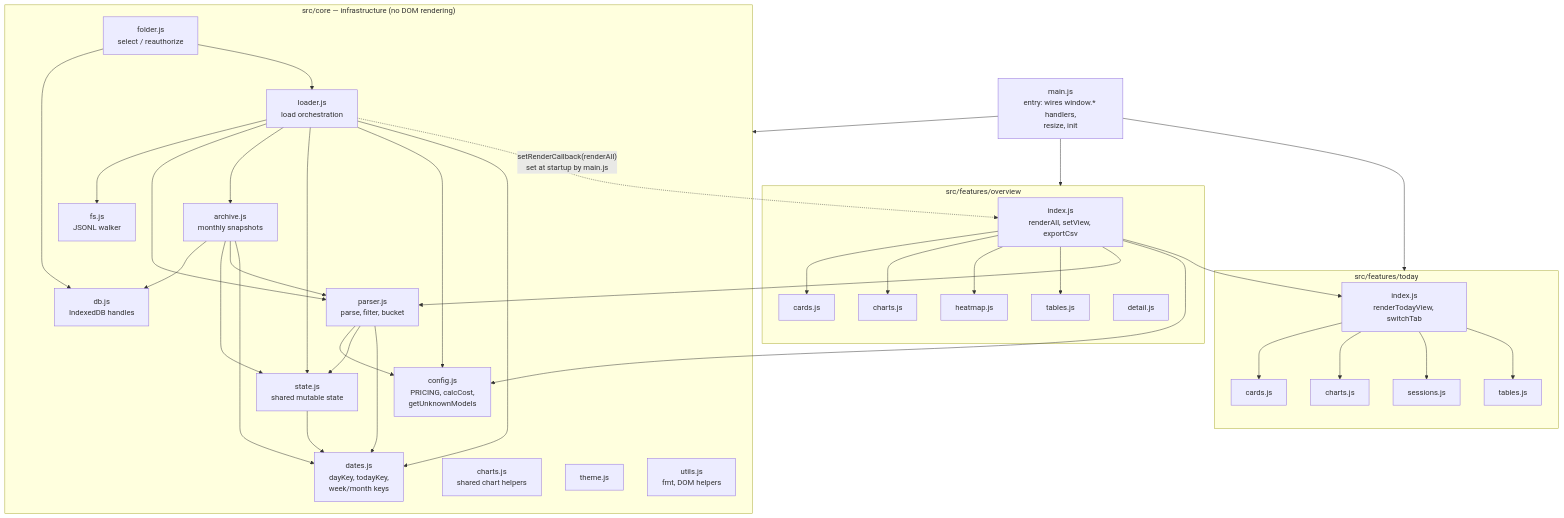
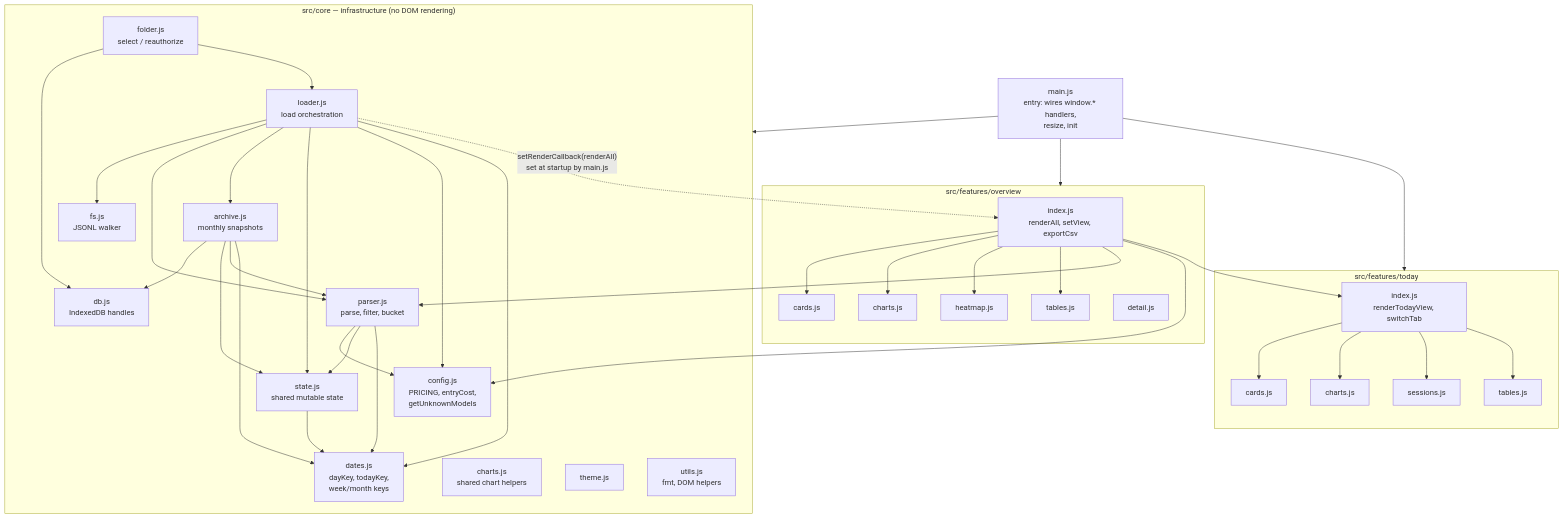
The fourth of 5 diagrams in ARCHITECTURE.md (Procisz/clauditor), drawn with Mermaid before and after one commit. The commit also changed other lines of this file and 18 other files, not shown here.

````diff
--- a/ARCHITECTURE.md
+++ b/ARCHITECTURE.md
@@ -86,53 +86,53 @@
 ```mermaid
 flowchart TD
     main["main.js<br/>entry: wires window.* handlers,<br/>resize, init"]
 
     subgraph core["src/core — infrastructure (no DOM rendering)"]
-        config["config.js<br/>PRICING, calcCost,<br/>getUnknownModels"]
+        config["config.js<br/>PRICING, entryCost,<br/>getUnknownModels"]
         datesjs["dates.js<br/>dayKey, todayKey,<br/>week/month keys"]
         statejs["state.js<br/>shared mutable state"]
         db["db.js<br/>IndexedDB handles"]
         fsjs["fs.js<br/>JSONL walker"]
         parser["parser.js<br/>parse, filter, bucket"]
         loader["loader.js<br/>load orchestration"]
         folder["folder.js<br/>select / reauthorize"]
         archive["archive.js<br/>monthly snapshots"]
         chartsCore["charts.js<br/>shared chart helpers"]
         themejs["theme.js"]
         utils["utils.js<br/>fmt, DOM helpers"]
     end
 
     subgraph overview["src/features/overview"]
         oIndex["index.js<br/>renderAll, setView, exportCsv"]
         oCards["cards.js"] 
         oCharts["charts.js"]
         oHeat["heatmap.js"]
         oTables["tables.js"]
         oDetail["detail.js"]
     end
 
     subgraph today["src/features/today"]
         tIndex["index.js<br/>renderTodayView, switchTab"]
         tCards["cards.js"]
         tCharts["charts.js"]
         tSessions["sessions.js"]
         tTables["tables.js"]
     end
 
     main --> core
     main --> overview
     main --> today
 
     folder --> db & loader
     loader --> fsjs & parser & archive & statejs & config & datesjs
     archive --> db & statejs & parser & datesjs
     parser --> config & statejs & datesjs
     statejs --> datesjs
 
     oIndex --> oCards & oCharts & oHeat & oTables
     oIndex --> parser & config
     oIndex --> tIndex
     tIndex --> tCards & tCharts & tSessions & tTables
 
     loader -. "setRenderCallback(renderAll)<br/>set at startup by main.js" .-> oIndex
 ```
````
